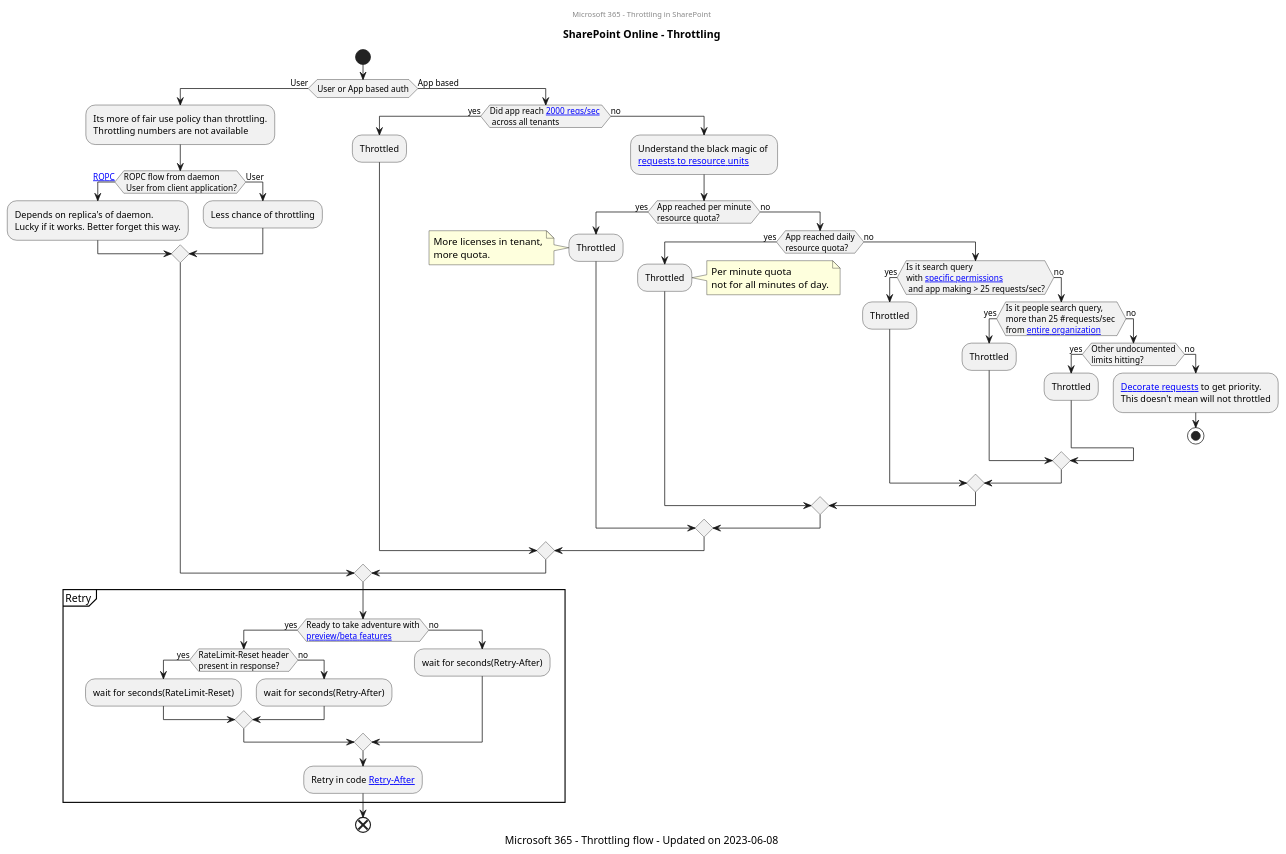
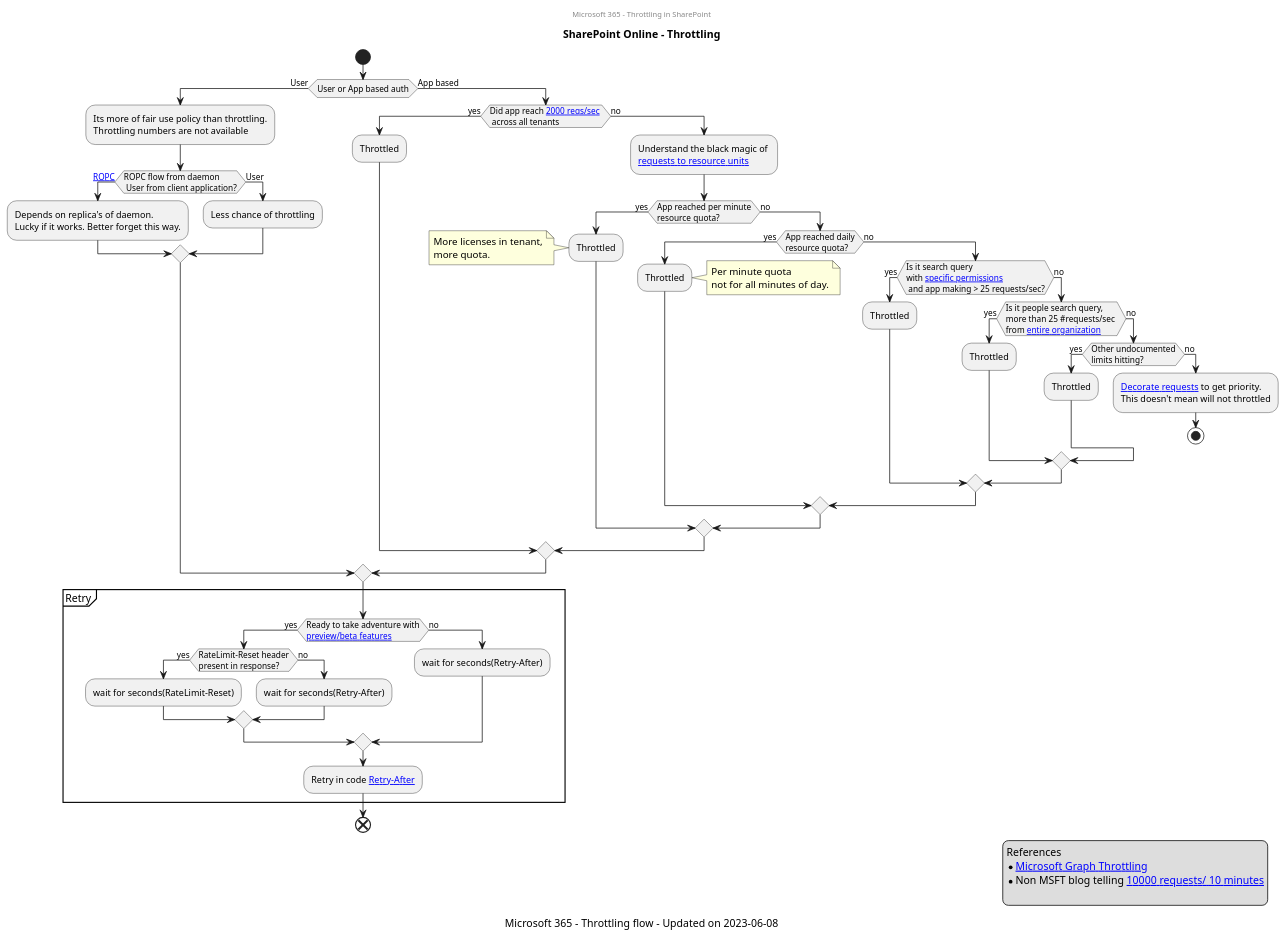
The diagram in programming/microsoft-365/sharepoint/throttling-flow.puml (mind-maps/software), drawn with PlantUML before and after one commit.

Commit message:
Added legent

```diff
--- a/programming/microsoft-365/sharepoint/throttling-flow.puml
+++ b/programming/microsoft-365/sharepoint/throttling-flow.puml
@@ -1,64 +1,69 @@
 @startuml "Throttling"
 center header
 Microsoft 365 - Throttling in SharePoint
 endheader
 
 title SharePoint Online - Throttling 
 
 start
 if (User or App based auth) then (User)
     :Its more of fair use policy than throttling.
     Throttling numbers are not available;
     if(ROPC flow from daemon\n User from client application?) then ([[https://learn.microsoft.com/en-us/azure/active-directory/develop/v2-oauth-ropc ROPC]])
         :Depends on replica's of daemon.
         Lucky if it works. Better forget this way.;
     else (User)
         :Less chance of throttling;
     endif
 else (App based)
     if (Did app reach [[https://learn.microsoft.com/en-us/graph/throttling-limits#ms--in-this-article 2000 reqs/sec]] \n across all tenants) then (yes)
         :Throttled;
     else (no)
         :Understand the black magic of \n[[https://learn.microsoft.com/en-us/sharepoint/dev/general-development/how-to-avoid-getting-throttled-or-blocked-in-sharepoint-online#application-throttling requests to resource units]];
         if(App reached per minute\nresource quota?) then (yes)
             :Throttled;
             note left: More licenses in tenant,\nmore quota.
         else (no)
             if(App reached daily\nresource quota?) then (yes)
                 :Throttled;
                 note right:Per minute quota \nnot for all minutes of day.
             else (no)
                 if(Is it search query \nwith [[https://learn.microsoft.com/en-us/sharepoint/dev/general-development/how-to-avoid-getting-throttled-or-blocked-in-sharepoint-online#when-using-app-only-authentication-with-sitesreadall-permission specific permissions]]\n and app making > 25 requests/sec?) then (yes)
                     :Throttled;
                 else (no)
                     if(Is it people search query, \nmore than 25 #requests/sec \nfrom [[https://learn.microsoft.com/en-us/sharepoint/dev/general-development/how-to-avoid-getting-throttled-or-blocked-in-sharepoint-online#when-searching-for-people-search-results entire organization]]) then (yes)
                         :Throttled;
                     else (no)
                         if(Other undocumented\nlimits hitting?) then (yes)
                             :Throttled;
                         else (no)
                             :[[https://learn.microsoft.com/en-us/sharepoint/dev/general-development/how-to-avoid-getting-throttled-or-blocked-in-sharepoint-online#how-to-decorate-your-http-traffic Decorate requests]] to get priority.\nThis doesn't mean will not throttled;
                             stop
                         endif
                     endif
                 endif
             endif
         endif
     endif
 endif
 partition Retry {
     if(Ready to take adventure with\n[[https://learn.microsoft.com/en-us/sharepoint/dev/general-development/how-to-avoid-getting-throttled-or-blocked-in-sharepoint-online#ratelimit-headers---preview preview/beta features]]) then (yes)
         if(RateLimit-Reset header\npresent in response?) then (yes)
             :wait for seconds(RateLimit-Reset);
         else (no)
             :wait for seconds(Retry-After);
         endif
     else (no)
         :wait for seconds(Retry-After);
     endif
     :Retry in code [[https://learn.microsoft.com/en-us/sharepoint/dev/general-development/how-to-avoid-getting-throttled-or-blocked-in-sharepoint-online#retry-after-header Retry-After]];
 }
+legend right
+    References
+    * [[https://learn.microsoft.com/en-us/graph/throttling Microsoft Graph Throttling]]
+    * Non MSFT blog telling [[https://www.spdoctor.com/articles/Microsoft_Graph_-_Don't_Get_Throttled!.html 10000 requests/ 10 minutes]]
+    
+endlegend
 caption Microsoft 365 - Throttling flow - Updated on 2023-06-08
 end
-
 @enduml
```
